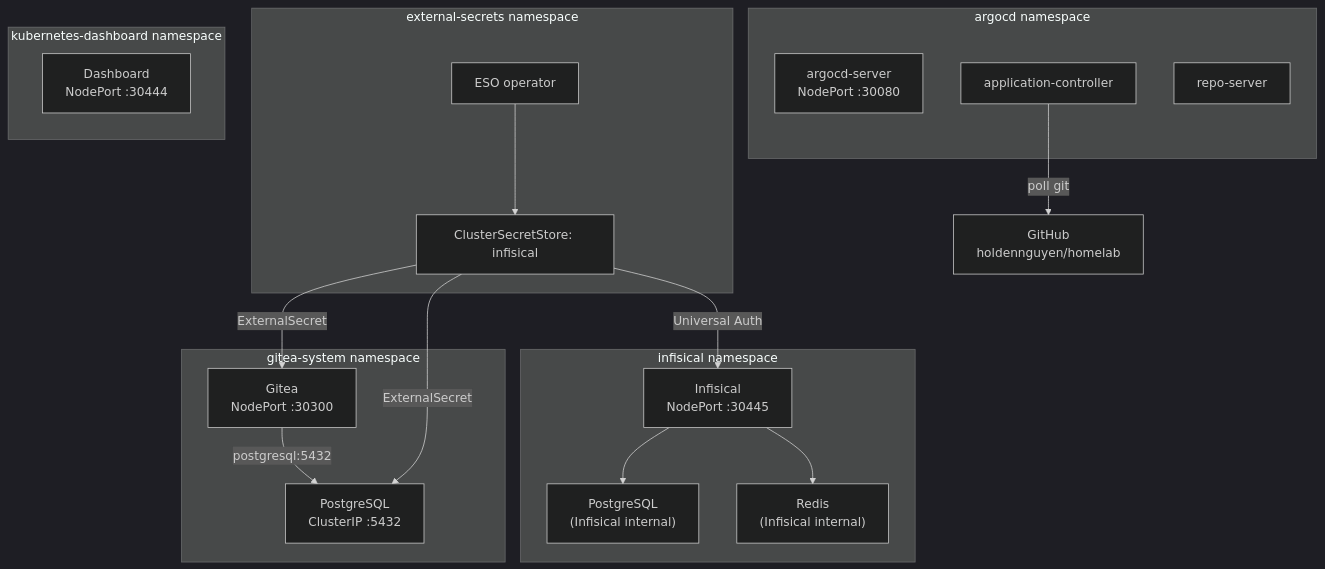
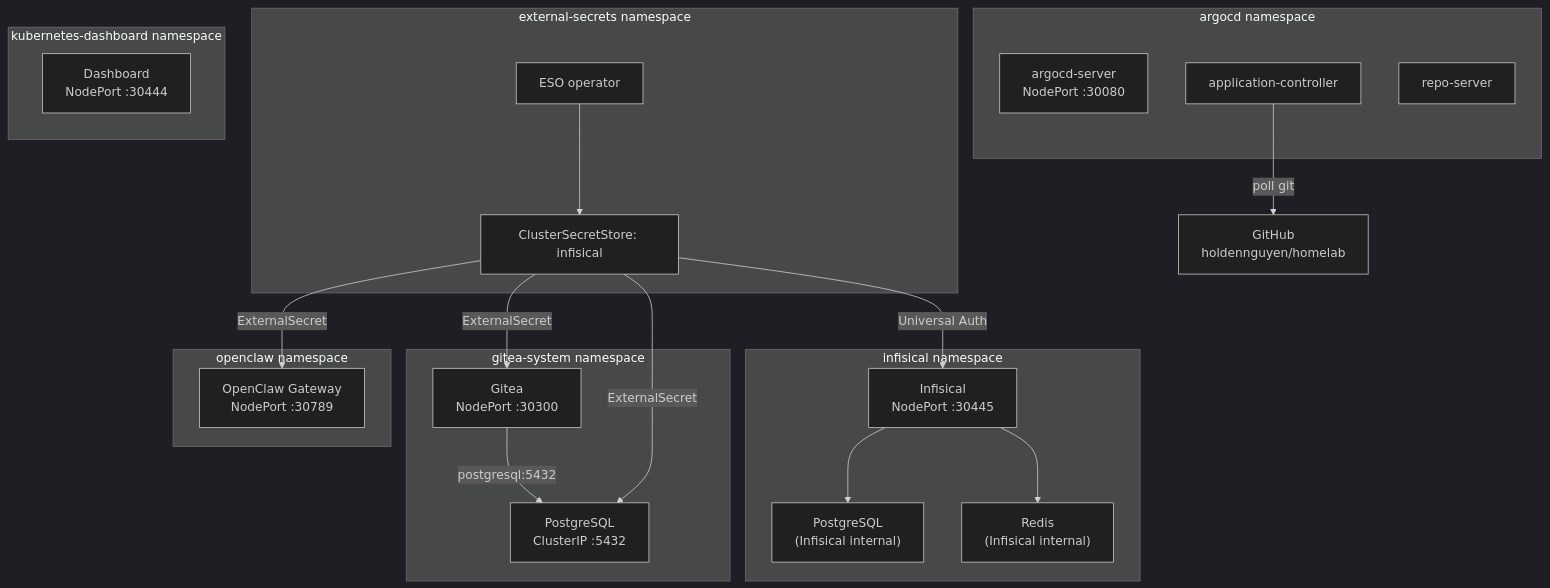
The fourth of 4 diagrams in docs/architecture.md (haingth77/homelab), drawn with Mermaid (dark theme) before and after one commit. The commit also changed other lines of this file and 8 other files, not shown here.

````diff
--- a/docs/architecture.md
+++ b/docs/architecture.md
@@ -147,37 +168,42 @@
 ```mermaid
 flowchart TD
     subgraph infisicalNs["infisical namespace"]
         InfisicalPod["Infisical\nNodePort :30445"]
         InfisicalPG["PostgreSQL\n(Infisical internal)"]
         InfisicalRedis["Redis\n(Infisical internal)"]
         InfisicalPod --> InfisicalPG
         InfisicalPod --> InfisicalRedis
     end
 
     subgraph esoNs["external-secrets namespace"]
         ESOPod["ESO operator"]
         CSS["ClusterSecretStore: infisical"]
     end
 
     subgraph argocdNs["argocd namespace"]
         ArgoServer["argocd-server\nNodePort :30080"]
         ArgoController["application-controller"]
         ArgoRepo["repo-server"]
     end
 
     subgraph giteaNs["gitea-system namespace"]
         GiteaPod["Gitea\nNodePort :30300"]
         PGPod["PostgreSQL\nClusterIP :5432"]
         GiteaPod -- "postgresql:5432" --> PGPod
     end
 
     subgraph dashNs["kubernetes-dashboard namespace"]
         DashPod["Dashboard\nNodePort :30444"]
     end
 
+    subgraph openclawNs["openclaw namespace"]
+        OpenClawPod["OpenClaw Gateway\nNodePort :30789"]
+    end
+
     ESOPod --> CSS
     CSS -- "Universal Auth" --> InfisicalPod
     CSS -- "ExternalSecret" --> GiteaPod
     CSS -- "ExternalSecret" --> PGPod
+    CSS -- "ExternalSecret" --> OpenClawPod
     ArgoController -- "poll git" --> GitHub["GitHub\nholdennguyen/homelab"]
 ```
````
